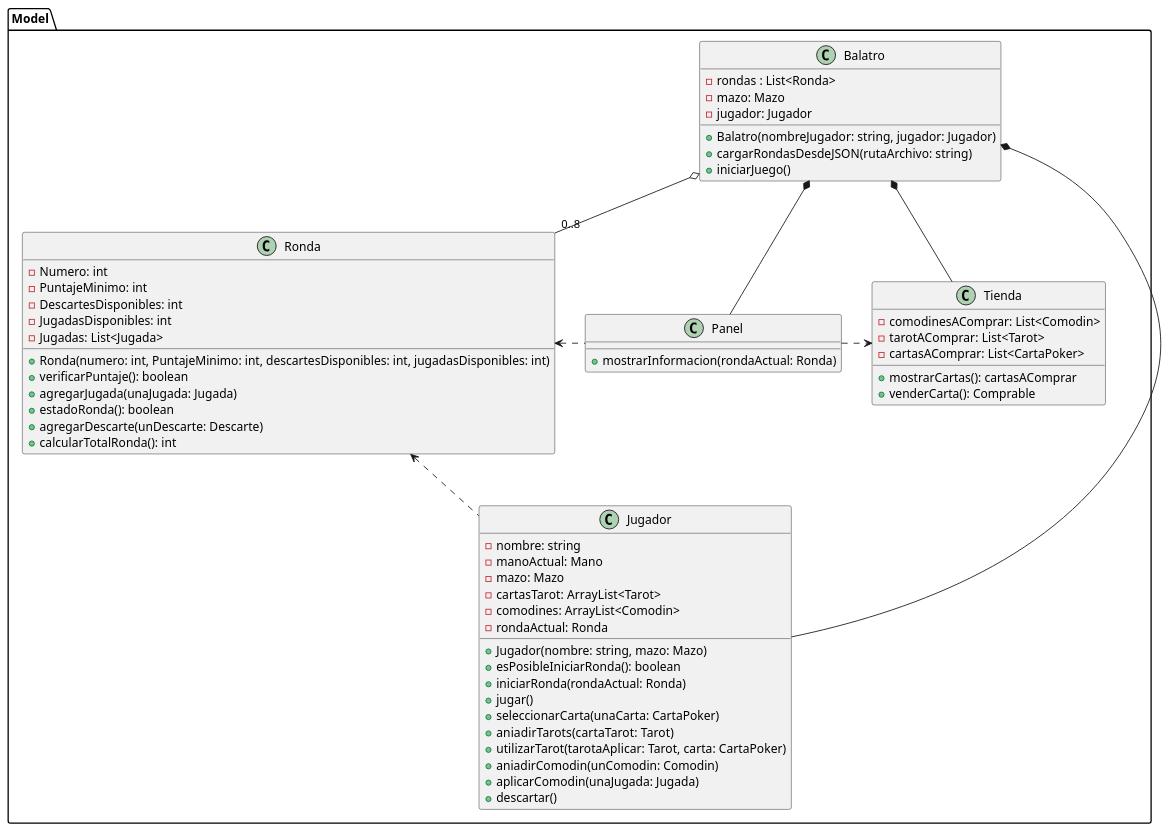
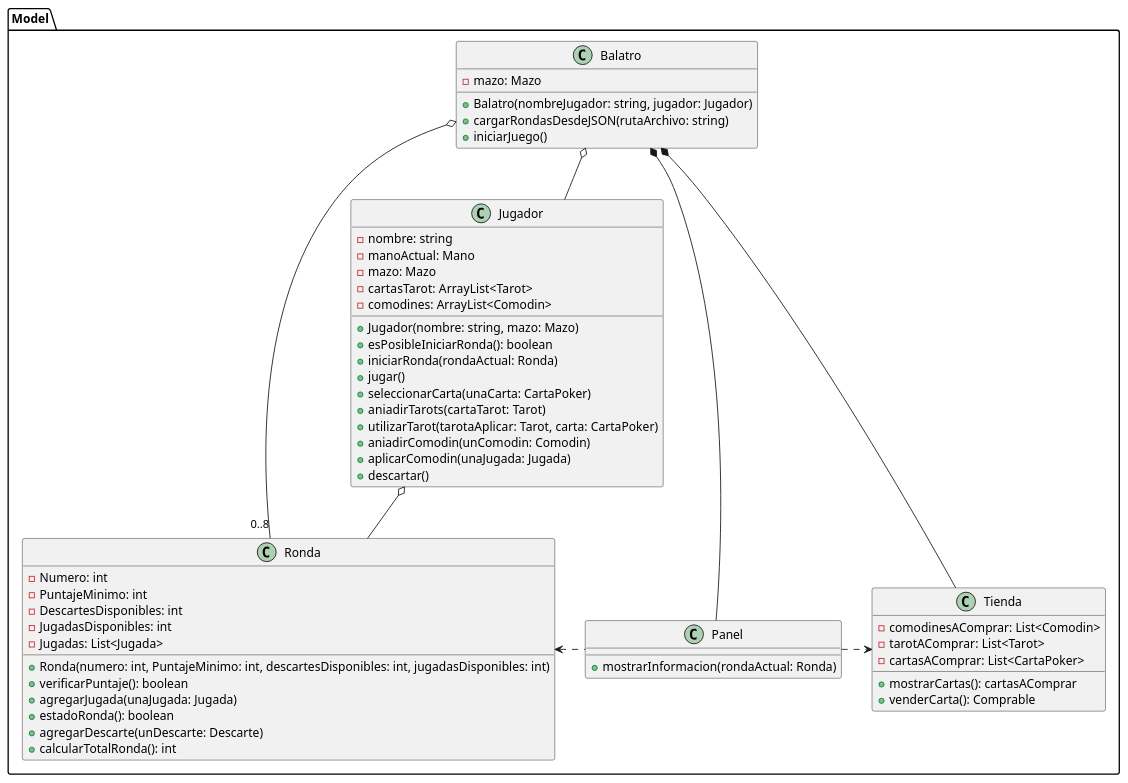
One commit to carruizdiaz1109/UBAlatro changed the diagram in diagrams/classes/clasesBalatro1.puml. Above: the diagram before and after it, drawn with PlantUML. The commit also changed 1 other file, not shown here.

Commit message:
Actualizo diagrama de clases1

```diff
--- a/diagrams/classes/clasesBalatro1.puml
+++ b/diagrams/classes/clasesBalatro1.puml
@@ -1,71 +1,68 @@
 @startuml
 
 package Model {
 
 class Balatro {
-    - rondas : List<Ronda>
     - mazo: Mazo
-    - jugador: Jugador
 
     + Balatro(nombreJugador: string, jugador: Jugador)
     +cargarRondasDesdeJSON(rutaArchivo: string)
     + iniciarJuego()
 }
 
 class Jugador {
     - nombre: string
     - manoActual: Mano
     - mazo: Mazo
     - cartasTarot: ArrayList<Tarot>
     - comodines: ArrayList<Comodin>
-    - rondaActual: Ronda
 
     + Jugador(nombre: string, mazo: Mazo)
     + esPosibleIniciarRonda(): boolean
     + iniciarRonda(rondaActual: Ronda)
     + jugar()
     + seleccionarCarta(unaCarta: CartaPoker)
     + aniadirTarots(cartaTarot: Tarot)
     + utilizarTarot(tarotaAplicar: Tarot, carta: CartaPoker)
     + aniadirComodin(unComodin: Comodin)
     + aplicarComodin(unaJugada: Jugada)
     + descartar()
 }
 
 class Tienda {
     - comodinesAComprar: List<Comodin>
     - tarotAComprar: List<Tarot>
     - cartasAComprar: List<CartaPoker>
     + mostrarCartas(): cartasAComprar
     + venderCarta(): Comprable
 }
 
 class Ronda {
     - Numero: int
     - PuntajeMinimo: int
     - DescartesDisponibles: int
     - JugadasDisponibles: int
     - Jugadas: List<Jugada>
 
     + Ronda(numero: int, PuntajeMinimo: int, descartesDisponibles: int, jugadasDisponibles: int)
     + verificarPuntaje(): boolean
     + agregarJugada(unaJugada: Jugada)
     + estadoRonda(): boolean
     + agregarDescarte(unDescarte: Descarte)
     + calcularTotalRonda(): int
 }
 
 class Panel {
     + mostrarInformacion(rondaActual: Ronda)
 }
 
-Balatro *-- Jugador
-Jugador .up.> Ronda
+Balatro o-- Jugador
+Jugador o-- Ronda
 Panel .left.> Ronda
 Balatro *-- Tienda
 Balatro o-- "0..8" Ronda
 Balatro *-- Panel
 Panel .right.> Tienda
 
 }
 @enduml
```
